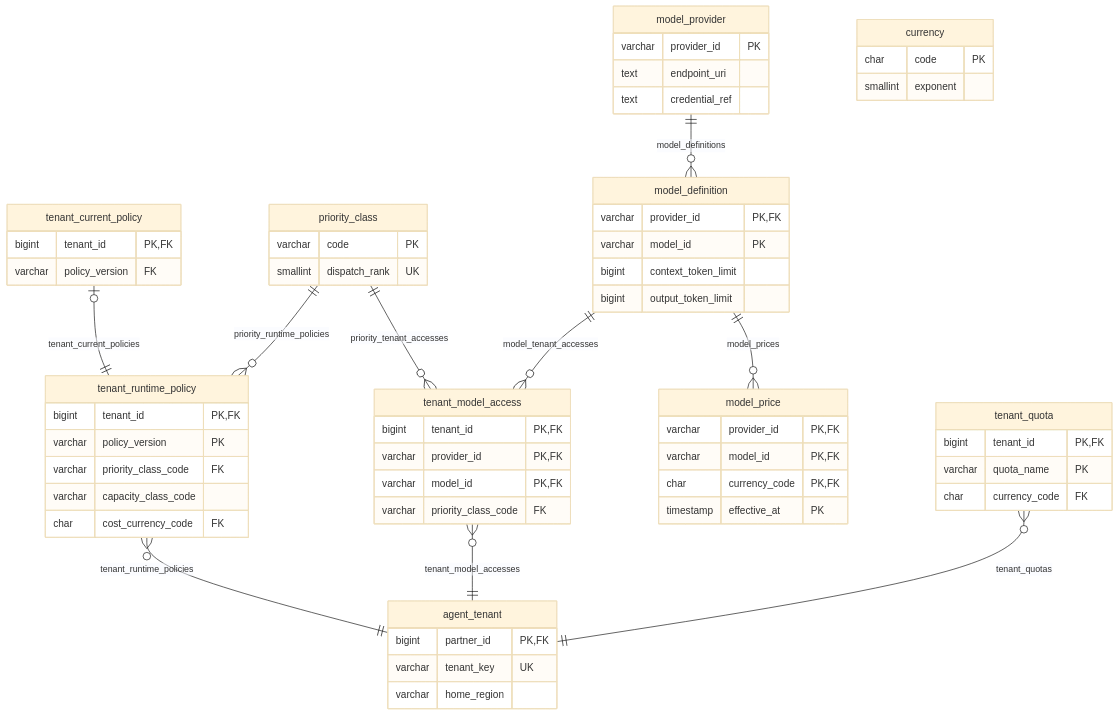
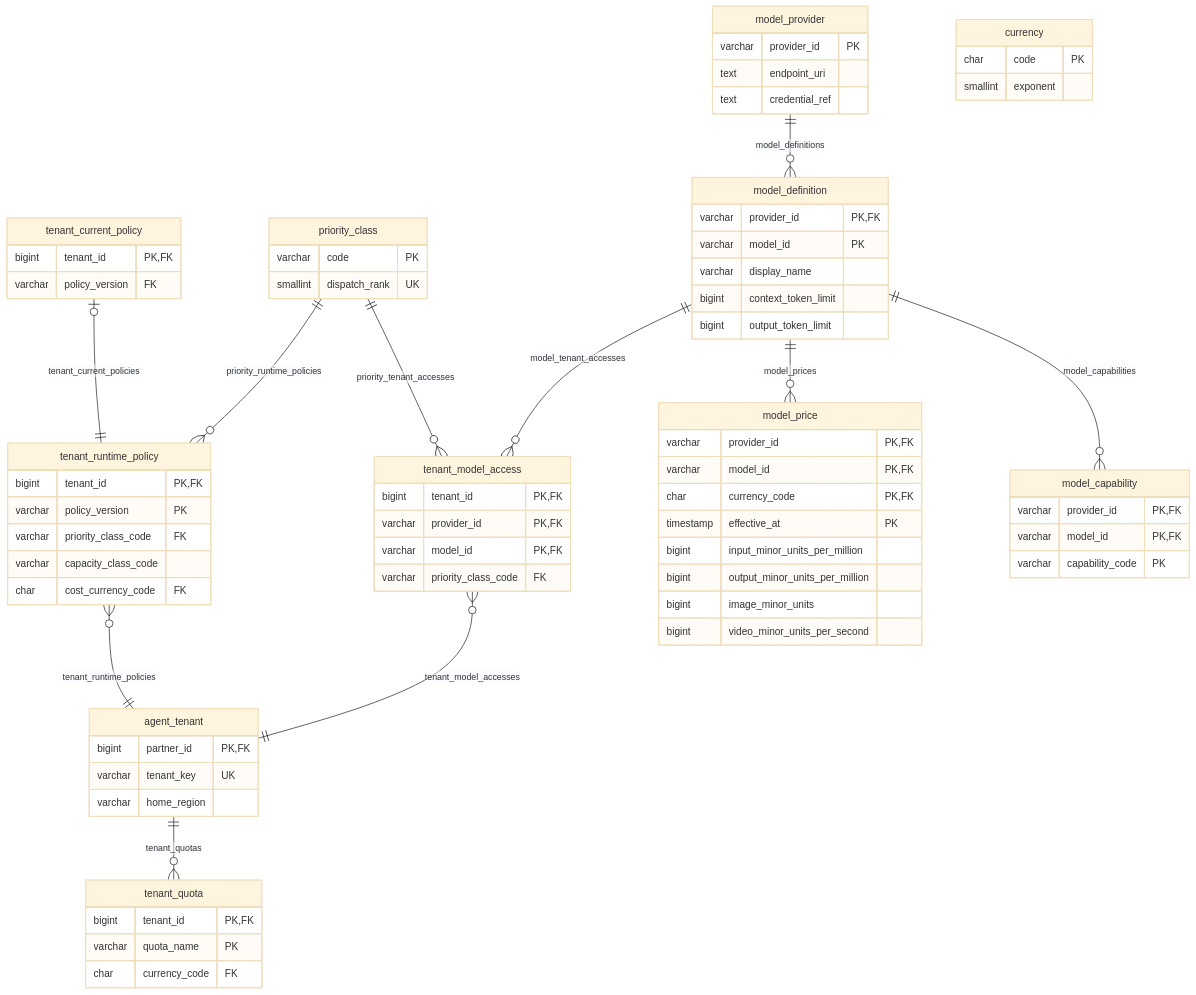
Before and after one commit to nauticana/scout: the first of 6 diagrams in DATABASE.md, drawn with Mermaid (base theme). The commit also changed other lines of this file and 8 other files, not shown here.

Commit message:
split model_price table into model_capability

````diff
--- a/DATABASE.md
+++ b/DATABASE.md
@@ -43,65 +43,76 @@
 ```mermaid
 erDiagram
     tenant_current_policy |o--|| tenant_runtime_policy : tenant_current_policies
     priority_class ||--o{ tenant_runtime_policy : priority_runtime_policies
     model_provider ||--o{ model_definition : model_definitions
     model_definition ||--o{ tenant_model_access : model_tenant_accesses
     model_definition ||--o{ model_price : model_prices
+    model_definition ||--o{ model_capability : model_capabilities
     priority_class ||--o{ tenant_model_access : priority_tenant_accesses
-    tenant_quota }o--|| agent_tenant : tenant_quotas
     tenant_runtime_policy }o--|| agent_tenant : tenant_runtime_policies
     tenant_model_access }o--|| agent_tenant : tenant_model_accesses
+    agent_tenant ||--o{ tenant_quota : tenant_quotas
 
     agent_tenant {
         bigint partner_id PK,FK
         varchar tenant_key UK
         varchar home_region
     }
     tenant_runtime_policy {
         bigint tenant_id PK,FK
         varchar policy_version PK
         varchar priority_class_code FK
         varchar capacity_class_code
         char cost_currency_code FK
     }
     tenant_current_policy {
         bigint tenant_id PK,FK
         varchar policy_version FK
     }
     tenant_quota {
         bigint tenant_id PK,FK
         varchar quota_name PK
         char currency_code FK
     }
     priority_class {
         varchar code PK
         smallint dispatch_rank UK
     }
     currency {
         char code PK
         smallint exponent
     }
     model_provider {
         varchar provider_id PK
         text endpoint_uri
         text credential_ref
     }
     model_definition {
         varchar provider_id PK,FK
         varchar model_id PK
+        varchar display_name
         bigint context_token_limit
         bigint output_token_limit
+    }
+    model_capability {
+        varchar provider_id PK,FK
+        varchar model_id PK,FK
+        varchar capability_code PK
     }
     model_price {
         varchar provider_id PK,FK
         varchar model_id PK,FK
         char currency_code PK,FK
         timestamp effective_at PK
+        bigint input_minor_units_per_million
+        bigint output_minor_units_per_million
+        bigint image_minor_units
+        bigint video_minor_units_per_second
     }
     tenant_model_access {
         bigint tenant_id PK,FK
         varchar provider_id PK,FK
         varchar model_id PK,FK
         varchar priority_class_code FK
     }
 ```
````
